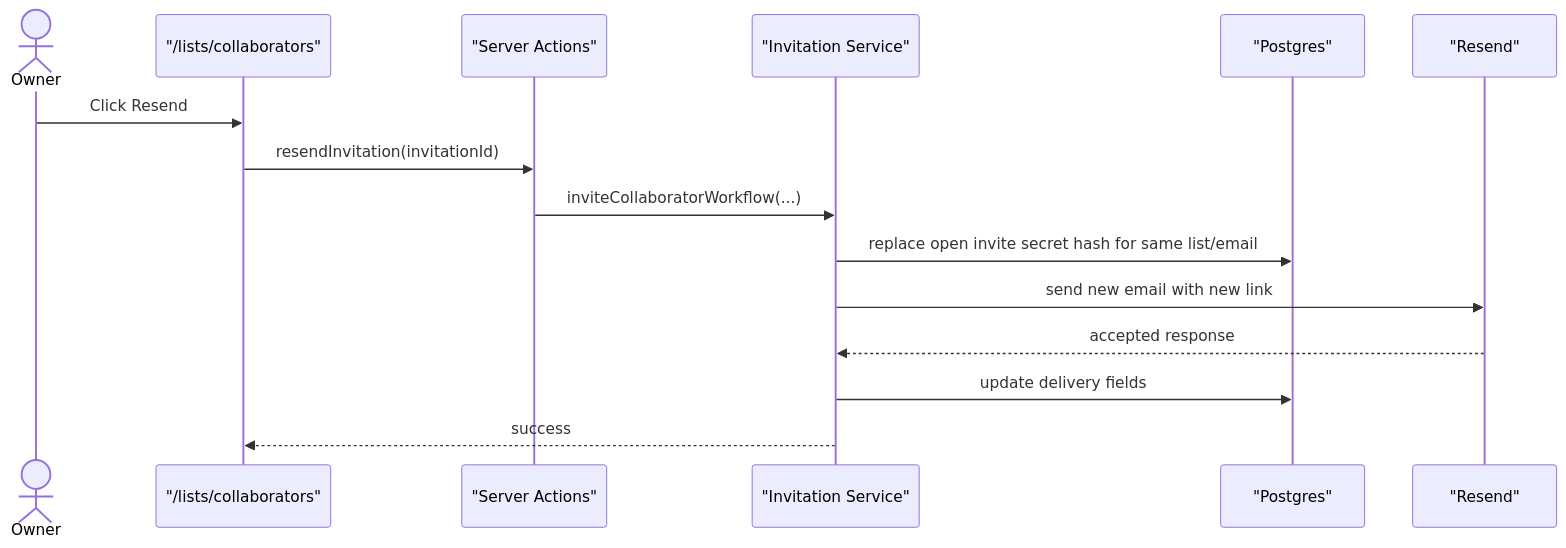
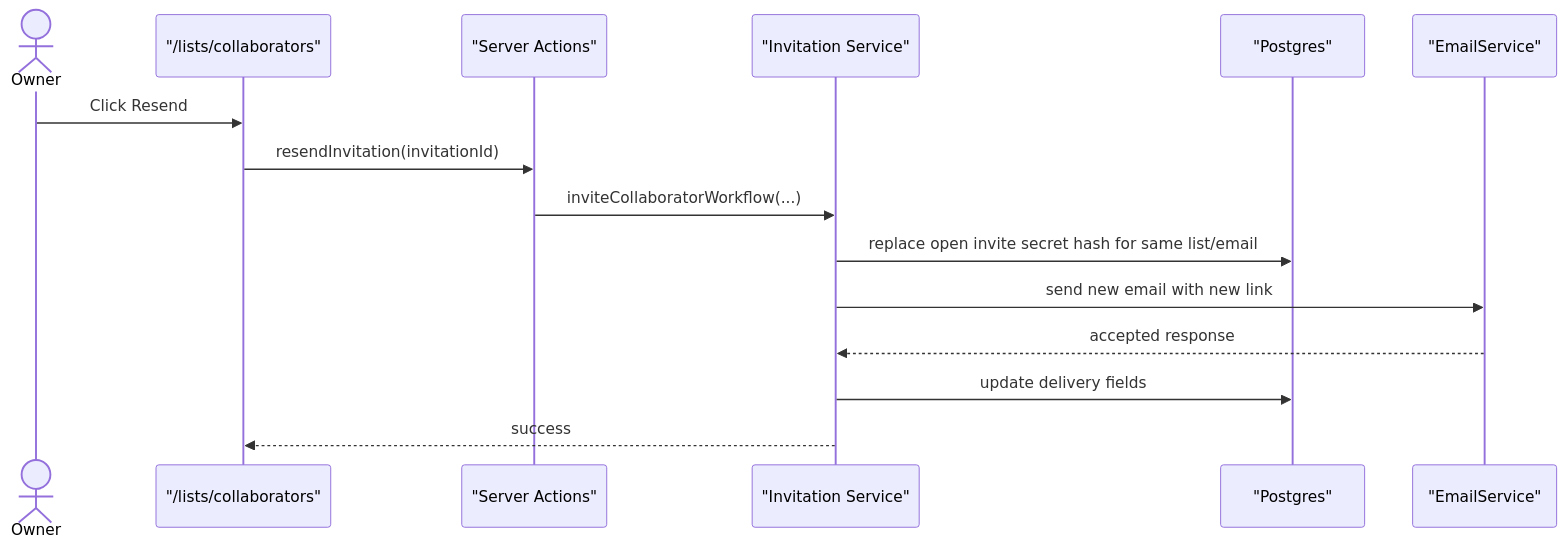
One commit to Software-Design-Club/todo-app changed the tenth of 18 diagrams in thoughts/shared/plans/2026-03-11-email-invitation-system-scenarios.md. Above: the diagram before and after it, drawn with Mermaid. The commit also changed other lines of this file and 1 other file, not shown here.

Commit message:
plan: expand invitation e2e coverage and email testability

````diff
--- a/thoughts/shared/plans/2026-03-11-email-invitation-system-scenarios.md
+++ b/thoughts/shared/plans/2026-03-11-email-invitation-system-scenarios.md
@@ -499,18 +502,18 @@
 ```mermaid
 sequenceDiagram
   actor Owner
   participant UI as "/lists/collaborators"
   participant Action as "Server Actions"
   participant Service as "Invitation Service"
   participant DB as "Postgres"
-  participant Resend as "Resend"
+  participant Email as "EmailService"
 
   Owner->>UI: Click Resend
   UI->>Action: resendInvitation(invitationId)
   Action->>Service: inviteCollaboratorWorkflow(...)
   Service->>DB: replace open invite secret hash for same list/email
-  Service->>Resend: send new email with new link
-  Resend-->>Service: accepted response
+  Service->>Email: send new email with new link
+  Email-->>Service: accepted response
   Service->>DB: update delivery fields
   Service-->>UI: success
 ```
````
